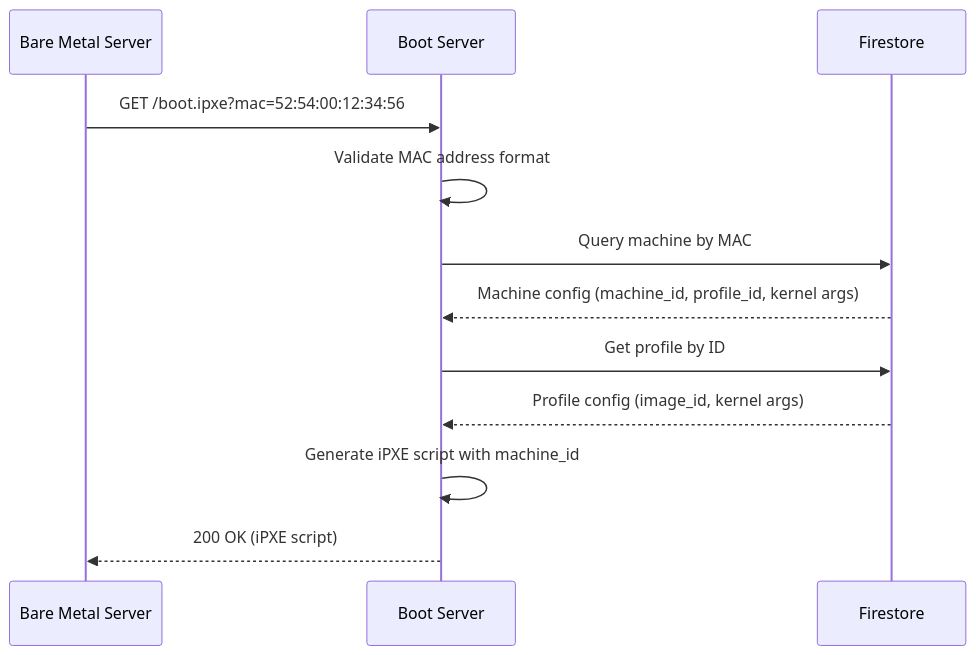
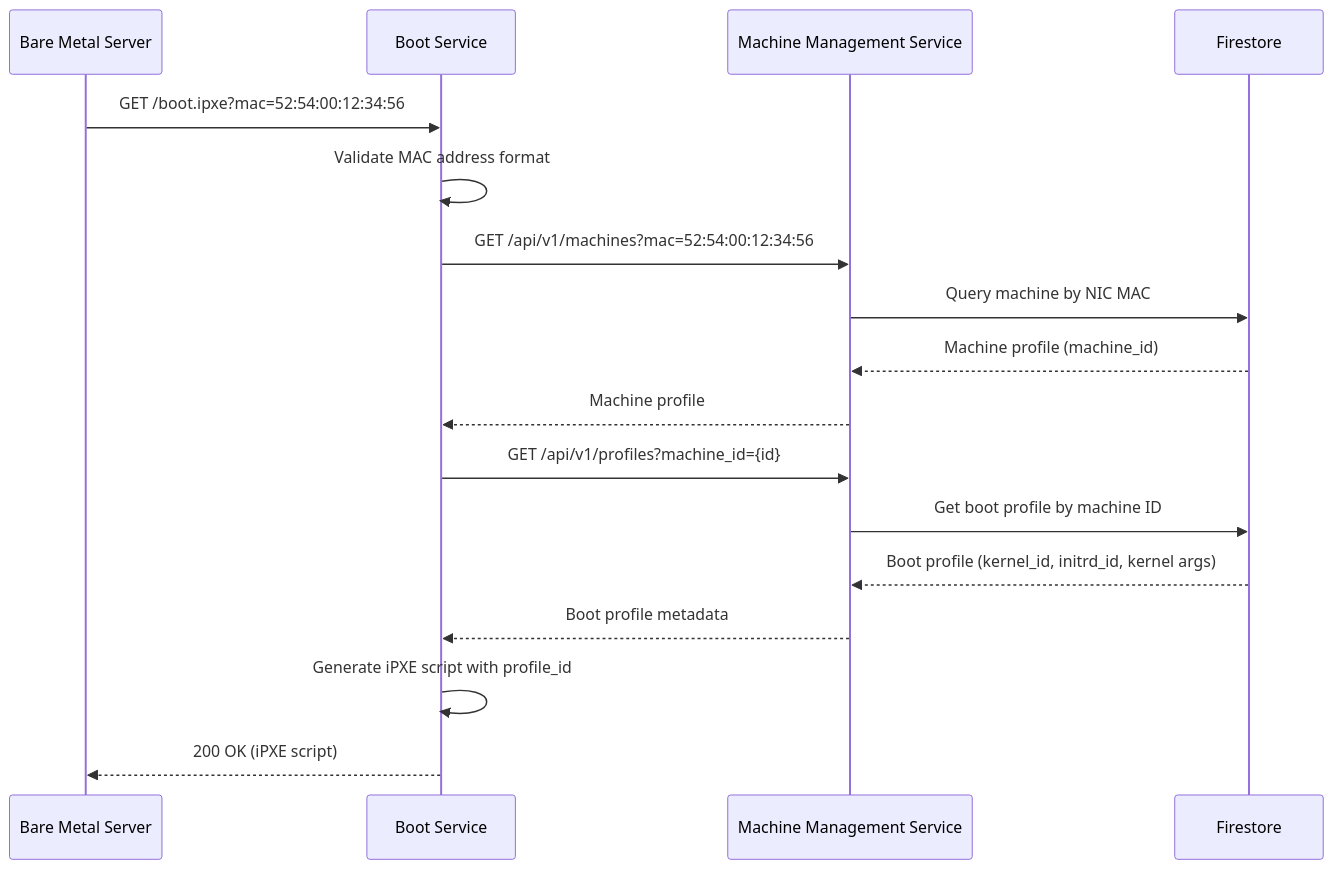
Before and after one commit to Zaba505/infra: the first of 3 diagrams in docs/content/r&d/services/boot/uefi-boot-endpoints.md, drawn with Mermaid. The commit also changed other lines of this file and 4 other files, not shown here.

Commit message:
docs(issue-605): simplify flow

````diff
--- a/docs/content/r&d/services/boot/uefi-boot-endpoints.md
+++ b/docs/content/r&d/services/boot/uefi-boot-endpoints.md
@@ -18,15 +18,20 @@
 ```mermaid
 sequenceDiagram
     participant Client as Bare Metal Server
-    participant Boot as Boot Server
+    participant Boot as Boot Service
+    participant MgmtAPI as Machine Management Service
     participant DB as Firestore
     
     Client->>Boot: GET /boot.ipxe?mac=52:54:00:12:34:56
     Boot->>Boot: Validate MAC address format
-    Boot->>DB: Query machine by MAC
-    DB-->>Boot: Machine config (machine_id, profile_id, kernel args)
-    Boot->>DB: Get profile by ID
-    DB-->>Boot: Profile config (image_id, kernel args)
-    Boot->>Boot: Generate iPXE script with machine_id
+    Boot->>MgmtAPI: GET /api/v1/machines?mac=52:54:00:12:34:56
+    MgmtAPI->>DB: Query machine by NIC MAC
+    DB-->>MgmtAPI: Machine profile (machine_id)
+    MgmtAPI-->>Boot: Machine profile
+    Boot->>MgmtAPI: GET /api/v1/profiles?machine_id={id}
+    MgmtAPI->>DB: Get boot profile by machine ID
+    DB-->>MgmtAPI: Boot profile (kernel_id, initrd_id, kernel args)
+    MgmtAPI-->>Boot: Boot profile metadata
+    Boot->>Boot: Generate iPXE script with profile_id
     Boot-->>Client: 200 OK (iPXE script)
 ```
````
